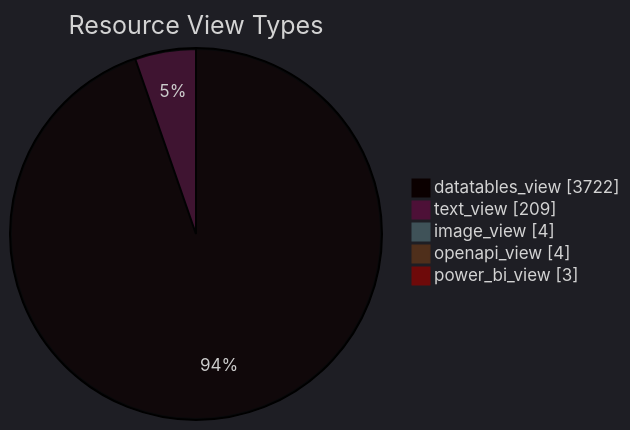
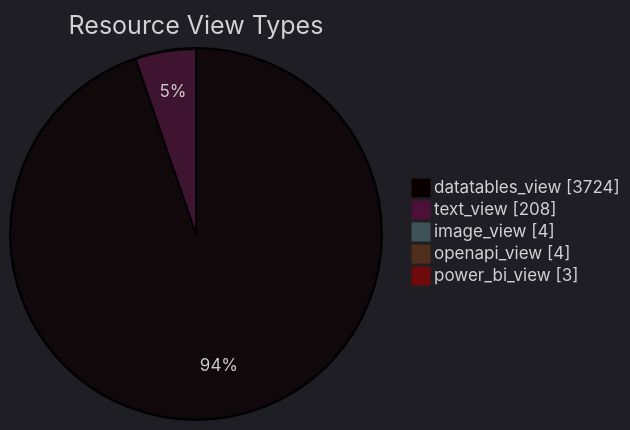
One commit to open-data/analytics-corporate-reporting changed the diagram in datastore_tracker/resource_view_types_pie_chart.md. Above: the diagram before and after it, drawn with Mermaid. The commit also changed 9 other files, not shown here.

````diff
--- a/datastore_tracker/resource_view_types_pie_chart.md
+++ b/datastore_tracker/resource_view_types_pie_chart.md
@@ -2,12 +2,12 @@
 ```mermaid
 ---
 config:
   theme: dark
 ---
 pie showData title Resource View Types
-    "datatables_view": 3722
-    "text_view": 209
+    "datatables_view": 3724
+    "text_view": 208
     "image_view": 4
     "openapi_view": 4
     "power_bi_view": 3
 ```
````
